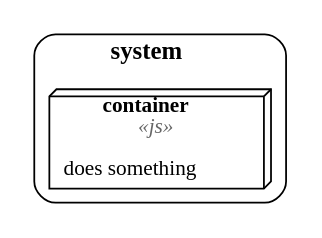
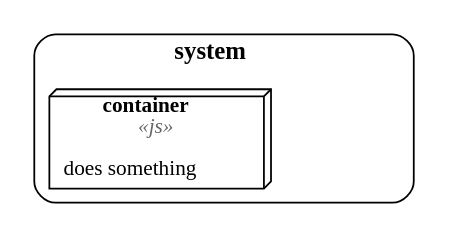
Before and after one commit to ryepup/c4-lab: the diagram in src/core/samples/container.dot, drawn with Graphviz. The commit also changed 5 other files, not shown here.

```diff
--- a/src/core/samples/container.dot
+++ b/src/core/samples/container.dot
@@ -1,19 +1,21 @@
 digraph g {
   compound=true
   node[fontsize=12]
   edge[fontsize=12]
 
   subgraph cluster_g0 {
     label=<<b>system</b>> style="rounded"
+
+    g0 [style="invisible"]
 
     g1 [shape="box3d" label=<
 <b>container</b>
 <br/>
 <font color="#666666"><i>&#171;js&#187;</i></font>
 <br/>
 <br/>
 does something
     >]
   }
 
 }
```
